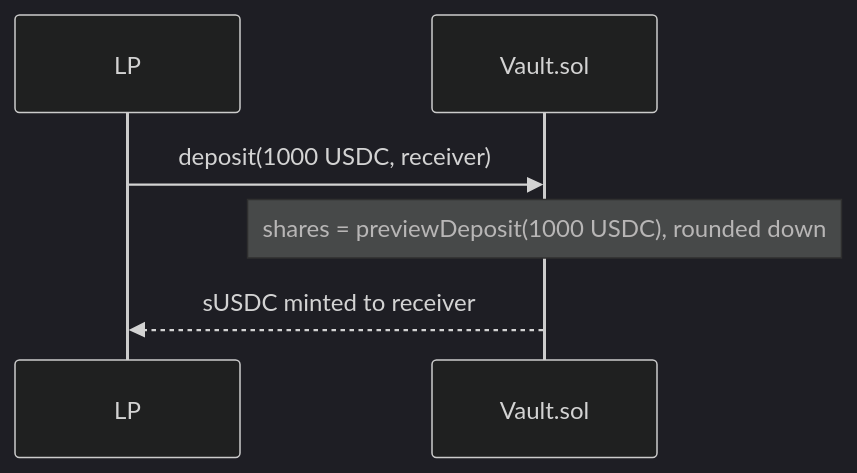
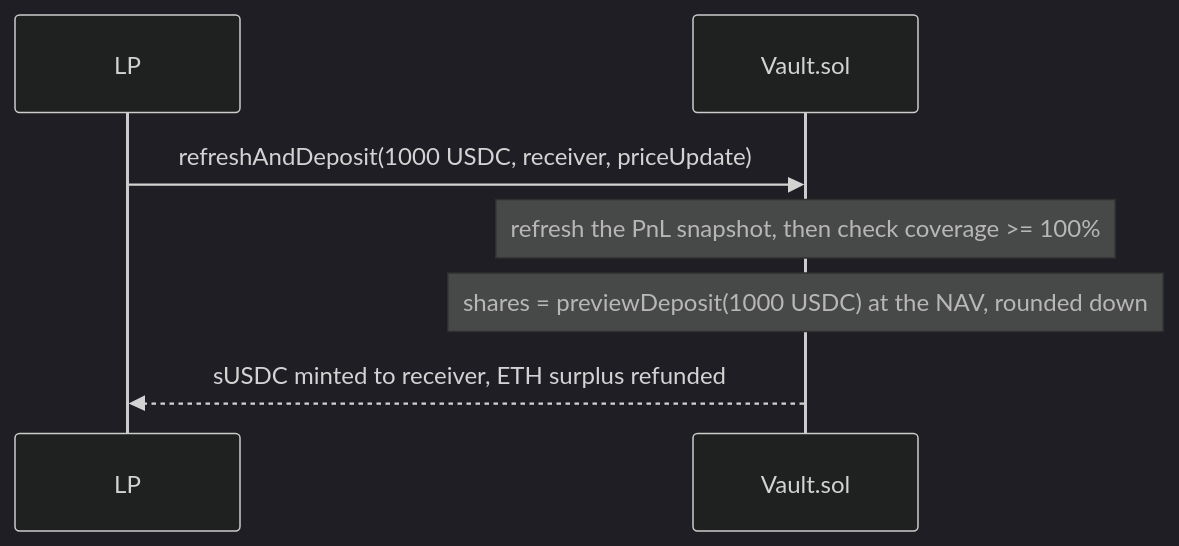
The first of 4 diagrams in docs/07-vault-ssl.md (GushALKDev/evm-synthetic-trading-protocol), drawn with Mermaid (dark theme) before and after one commit. The commit also changed other lines of this file and 10 other files, not shown here.

First line of the commit message:
Document the conservative NAV, the deposit rule and the split solvency triggers

````diff
--- a/docs/07-vault-ssl.md
+++ b/docs/07-vault-ssl.md
@@ -37,8 +46,9 @@
 ```mermaid
 sequenceDiagram
     participant LP
     participant Vault as Vault.sol
-    LP->>Vault: deposit(1000 USDC, receiver)
-    Note over Vault: shares = previewDeposit(1000 USDC), rounded down
-    Vault-->>LP: sUSDC minted to receiver
+    LP->>Vault: refreshAndDeposit(1000 USDC, receiver, priceUpdate)
+    Note over Vault: refresh the PnL snapshot, then check coverage >= 100%
+    Note over Vault: shares = previewDeposit(1000 USDC) at the NAV, rounded down
+    Vault-->>LP: sUSDC minted to receiver, ETH surplus refunded
 ```
````
